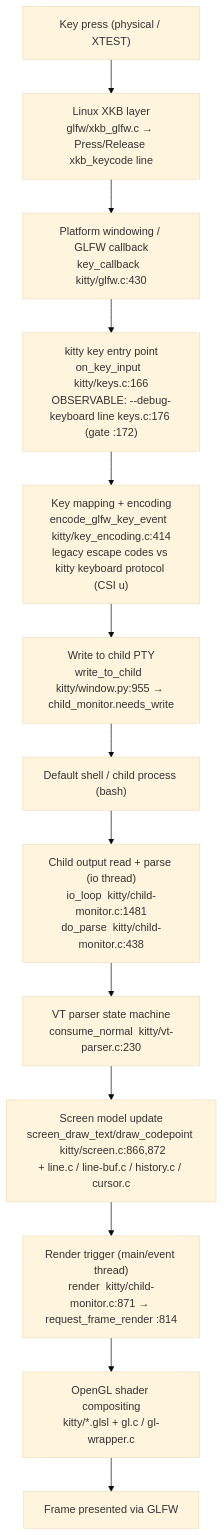
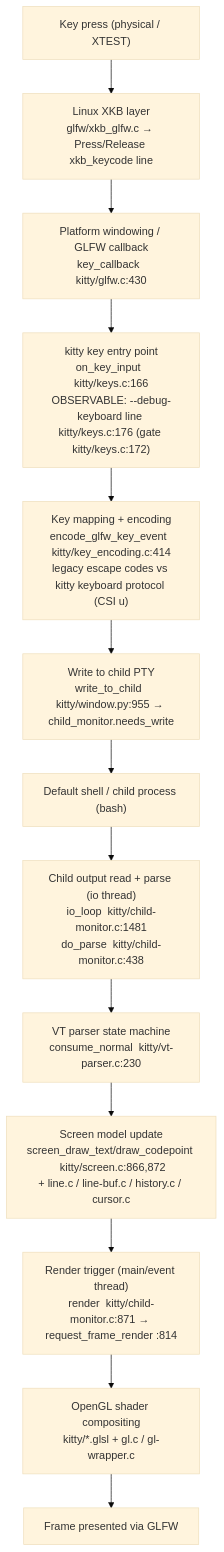
The diagram in blitzy/documentation/kitty_815df1e210e0.md (blitzy-research/kitty), drawn with Mermaid (base theme) before and after one commit. The commit also changed other lines of this file, not shown here.

First line of the commit message:
docs(qna): resolve code-review findings in kitty keyboard-input answer

````diff
--- a/blitzy/documentation/kitty_815df1e210e0.md
+++ b/blitzy/documentation/kitty_815df1e210e0.md
@@ -16,16 +16,16 @@
 ```mermaid
 flowchart TD
     K["Key press (physical / XTEST)"] --> XKB["Linux XKB layer<br/>glfw/xkb_glfw.c → Press/Release xkb_keycode line"]
     XKB --> G["Platform windowing / GLFW callback<br/>key_callback  kitty/glfw.c:430"]
-    G --> OK["kitty key entry point<br/>on_key_input  kitty/keys.c:166<br/>OBSERVABLE: --debug-keyboard line keys.c:176 (gate :172)"]
+    G --> OK["kitty key entry point<br/>on_key_input  kitty/keys.c:166<br/>OBSERVABLE: --debug-keyboard line kitty/keys.c:176 (gate kitty/keys.c:172)"]
     OK --> ENC["Key mapping + encoding<br/>encode_glfw_key_event  kitty/key_encoding.c:414<br/>legacy escape codes vs kitty keyboard protocol (CSI u)"]
     ENC --> W["Write to child PTY<br/>write_to_child  kitty/window.py:955 → child_monitor.needs_write"]
     W --> SH["Default shell / child process (bash)"]
     SH --> IO["Child output read + parse (io thread)<br/>io_loop  kitty/child-monitor.c:1481<br/>do_parse  kitty/child-monitor.c:438"]
     IO --> VT["VT parser state machine<br/>consume_normal  kitty/vt-parser.c:230"]
     VT --> SCR["Screen model update<br/>screen_draw_text/draw_codepoint  kitty/screen.c:866,872<br/>+ line.c / line-buf.c / history.c / cursor.c"]
     SCR --> R["Render trigger (main/event thread)<br/>render  kitty/child-monitor.c:871 → request_frame_render :814"]
     R --> GPU["OpenGL shader compositing<br/>kitty/*.glsl + gl.c / gl-wrapper.c"]
     GPU --> DISP["Frame presented via GLFW"]
 %% RECEIVE (main thread) -> PTY write -> INTERMEDIATE read+parse (io thread) -> DISPLAY (main thread)
 ```
````
